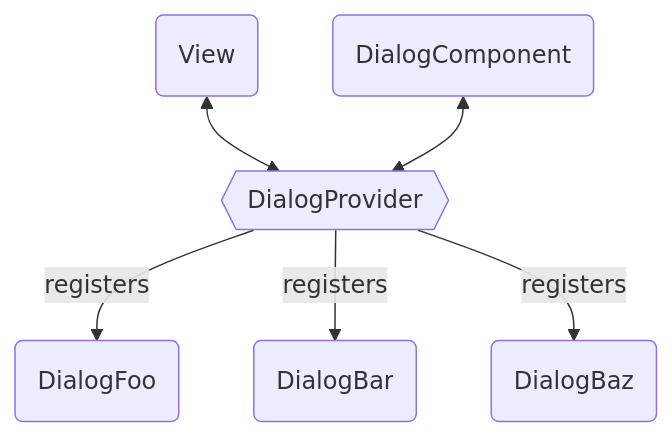
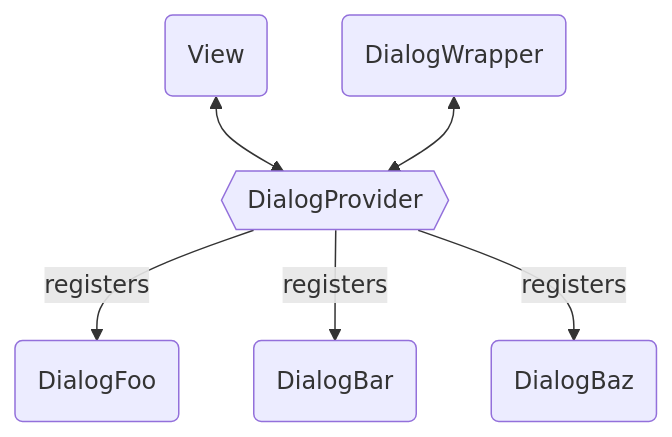
The second of 2 diagrams in articles/vue-app-wide-modal-dialogs.md (visualjerk/visualjerk-blog), drawn with Mermaid before and after one commit. The commit also changed other lines of this file and 6 other files, not shown here.

````diff
--- a/articles/vue-app-wide-modal-dialogs.md
+++ b/articles/vue-app-wide-modal-dialogs.md
@@ -127,8 +157,8 @@
 ```mermaid
 flowchart TB
   V(View) <--> P{{DialogProvider}}
-  C(DialogComponent) <--> P
+  C(DialogWrapper) <--> P
   P -- registers --> D1(DialogFoo)
   P -- registers --> D2(DialogBar)
   P -- registers --> D3(DialogBaz)
 ```
````
